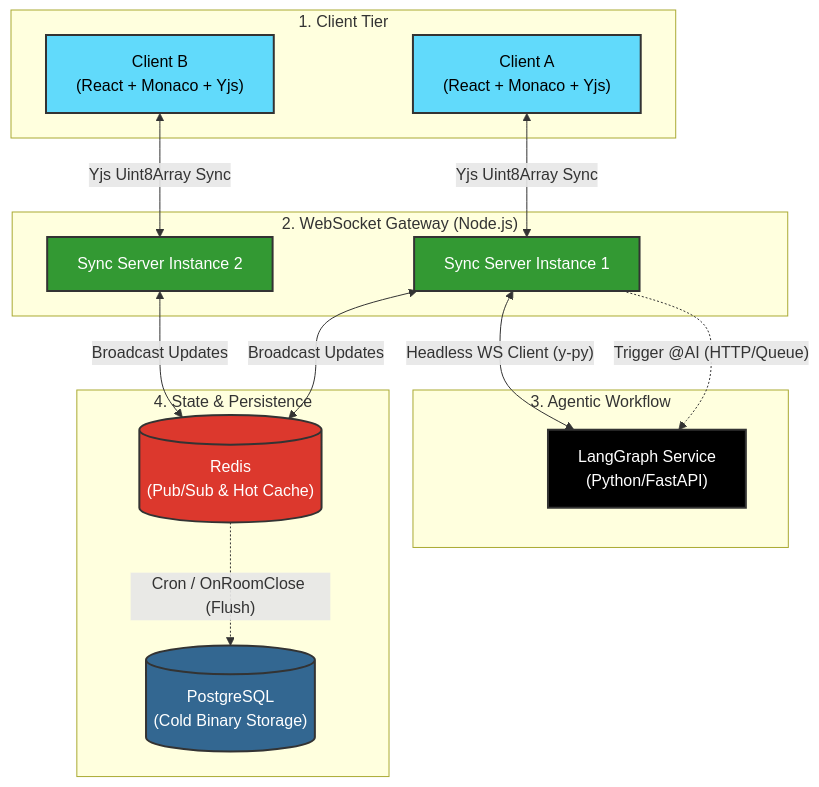
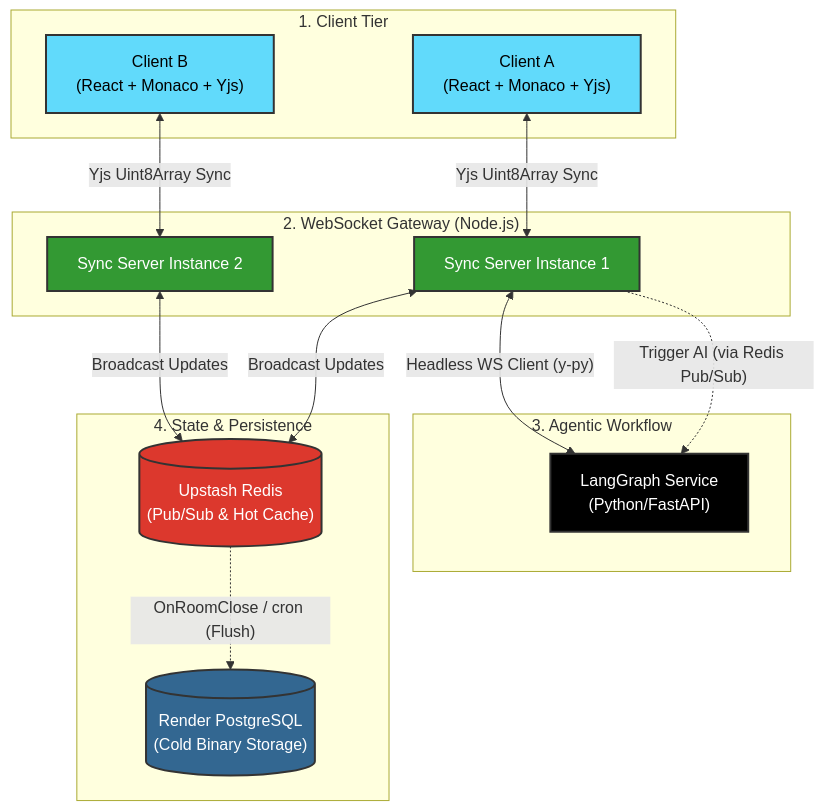
Before and after one commit to TechnoMeter/cola-code-real-time-code-editor: the diagram in README.md, drawn with Mermaid. The commit also changed other lines of this file and 2 other files, not shown here.

````diff
--- a/README.md
+++ b/README.md
@@ -40,44 +67,38 @@
 ```mermaid
 flowchart TD
-    %% Node Styles
-    classDef frontend fill:#61dafb,stroke:#333,stroke-width:2px,color:#000;
-    classDef backend fill:#339933,stroke:#333,stroke-width:2px,color:#fff;
-    classDef ai fill:#000000,stroke:#333,stroke-width:2px,color:#fff;
-    classDef db fill:#336791,stroke:#333,stroke-width:2px,color:#fff;
-    classDef cache fill:#DC382D,stroke:#333,stroke-width:2px,color:#fff;
+    classDef frontend fill:#61dafb,stroke:#333,stroke-width:2px,color:#000;
+    classDef backend fill:#339933,stroke:#333,stroke-width:2px,color:#fff;
+    classDef ai fill:#000000,stroke:#333,stroke-width:2px,color:#fff;
+    classDef db fill:#336791,stroke:#333,stroke-width:2px,color:#fff;
+    classDef cache fill:#DC382D,stroke:#333,stroke-width:2px,color:#fff;
 
-    %% Client Tier
-    subgraph Clients ["1. Client Tier"]
-        ClientA["Client A<br/>(React + Monaco + Yjs)"]:::frontend
-        ClientB["Client B<br/>(React + Monaco + Yjs)"]:::frontend
-    end
+    subgraph Clients ["1. Client Tier"]
+        ClientA["Client A<br/>(React + Monaco + Yjs)"]:::frontend
+        ClientB["Client B<br/>(React + Monaco + Yjs)"]:::frontend
+    end
 
-    %% Sync Tier
-    subgraph Gateway ["2. WebSocket Gateway (Node.js)"]
-        WS1["Sync Server Instance 1"]:::backend
-        WS2["Sync Server Instance 2"]:::backend
-    end
-    
-    %% AI Tier
-    subgraph AITier ["3. Agentic Workflow"]
-        LangGraph["LangGraph Service<br/>(Python/FastAPI)"]:::ai
-    end
+    subgraph Gateway ["2. WebSocket Gateway (Node.js)"]
+        WS1["Sync Server Instance 1"]:::backend
+        WS2["Sync Server Instance 2"]:::backend
+    end
+    
+    subgraph AITier ["3. Agentic Workflow"]
+        LangGraph["LangGraph Service<br/>(Python/FastAPI)"]:::ai
+    end
 
-    %% State Tier
-    subgraph State ["4. State & Persistence"]
-        Redis[("Redis<br/>(Pub/Sub & Hot Cache)")]:::cache
-        PG[("PostgreSQL<br/>(Cold Binary Storage)")]:::db
-    end
+    subgraph State ["4. State & Persistence"]
+        Redis[("Upstash Redis<br/>(Pub/Sub & Hot Cache)")]:::cache
+        PG[("Render PostgreSQL<br/>(Cold Binary Storage)")]:::db
+    end
 
-    %% Routing
-    ClientA <-->|"Yjs Uint8Array Sync"| WS1
-    ClientB <-->|"Yjs Uint8Array Sync"| WS2
-    
-    WS1 <-->|"Broadcast Updates"| Redis
-    WS2 <-->|"Broadcast Updates"| Redis
-    
-    WS1 -.->|"Trigger @AI (HTTP/Queue)"| LangGraph
-    LangGraph <-->|"Headless WS Client (y-py)"| WS1
-    
-    Redis -.->|"Cron / OnRoomClose (Flush)"| PG
+    ClientA <-->|"Yjs Uint8Array Sync"| WS1
+    ClientB <-->|"Yjs Uint8Array Sync"| WS2
+    
+    WS1 <-->|"Broadcast Updates"| Redis
+    WS2 <-->|"Broadcast Updates"| Redis
+    
+    WS1 -.->|"Trigger AI (via Redis Pub/Sub)"| LangGraph
+    LangGraph <-->|"Headless WS Client (y-py)"| WS1
+    
+    Redis -.->|"OnRoomClose / cron (Flush)"| PG
 ```
````
